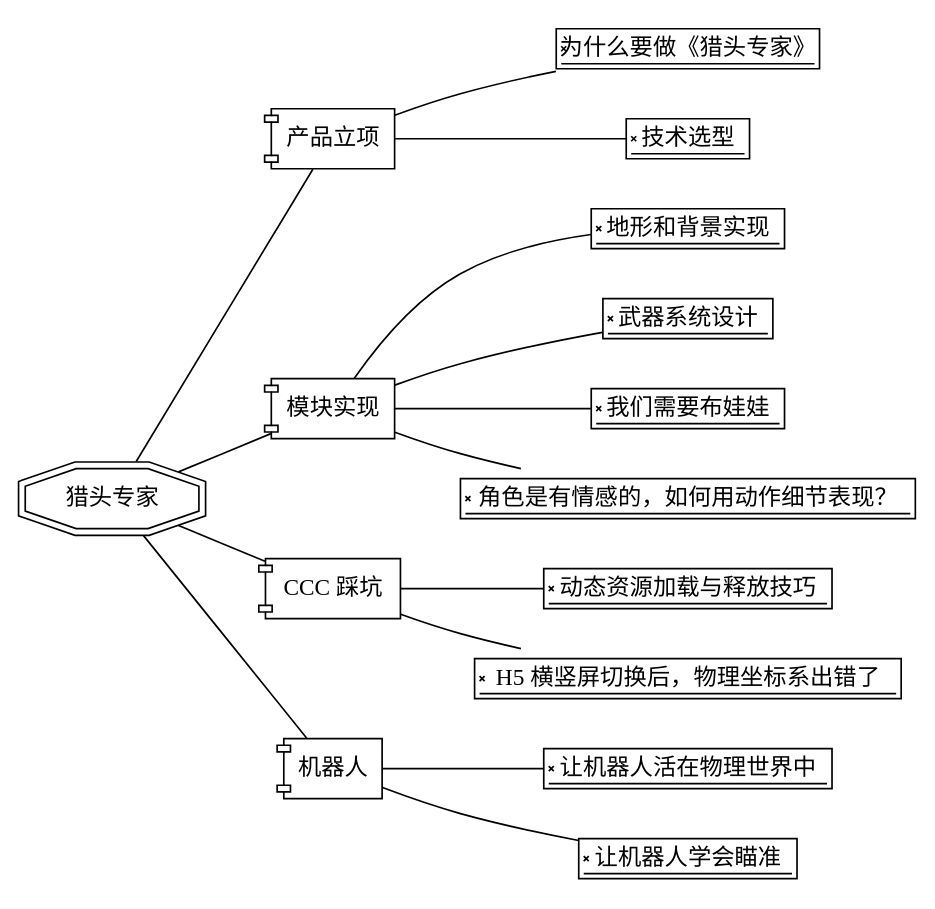
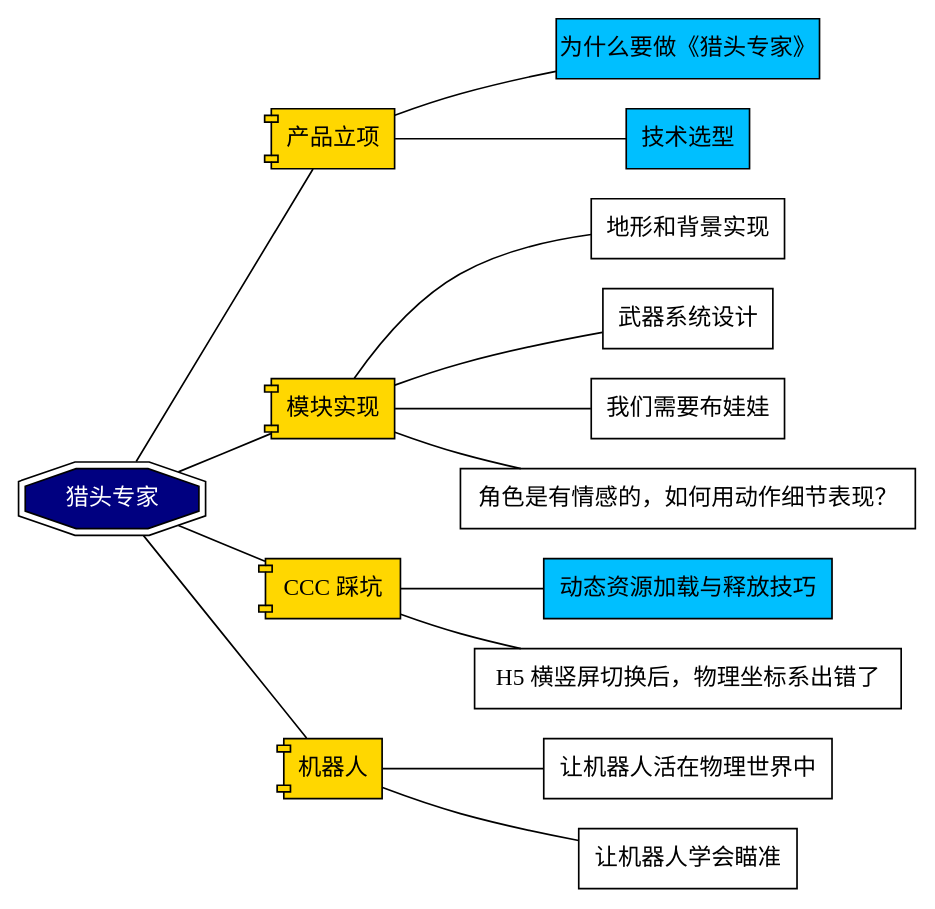
Before and after one commit to zrong/blog: the diagram in dot/2666.dot, drawn with Graphviz. The commit also changed 5 other files, not shown here.

```diff
--- a/dot/2666.dot
+++ b/dot/2666.dot
@@ -1,41 +1,42 @@
 graph {
     graph[rankdir="LR"]
     node[shape=rect]
 
-    name[label=猎头专家,shape=doubleoctagon]
+    name[label=猎头专家,shape=doubleoctagon,style=filled,fillcolor=navy,fontcolor=white]
 
     {
-        node[shape=component]
+        node[shape=component,style=filled,fillcolor=gold]
         product[label=产品立项]
         module[label=模块实现]
         ccc[label="CCC 踩坑"]
         robot[label=机器人]
     }
 
     name -- product
     name -- ccc
     name -- module
     name -- robot
 
     {
-        node[shape=signature]
+        node[shape=rect,style=filled,fillcolor=white]
         product -- {
+            node[fillcolor=deepskyblue]
             为什么要做《猎头专家》
             技术选型
         }
         module -- {
             地形和背景实现
             武器系统设计
             我们需要布娃娃
             角色是有情感的，如何用动作细节表现？
         }
         robot -- {
             让机器人活在物理世界中
             让机器人学会瞄准
         }
         ccc -- {
-            动态资源加载与释放技巧
+            动态资源加载与释放技巧[fillcolor=deepskyblue,url="https://zengrong.net"]
             "H5 横竖屏切换后，物理坐标系出错了"
         }
     }
 }
```
